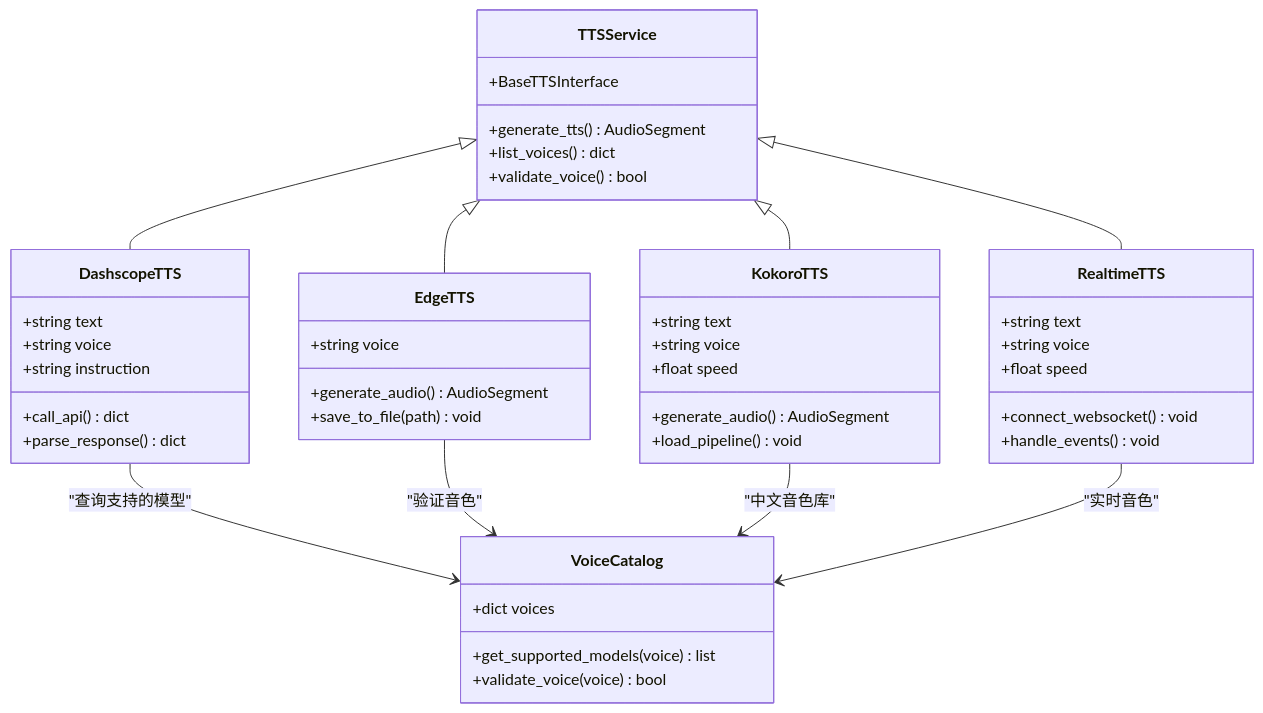
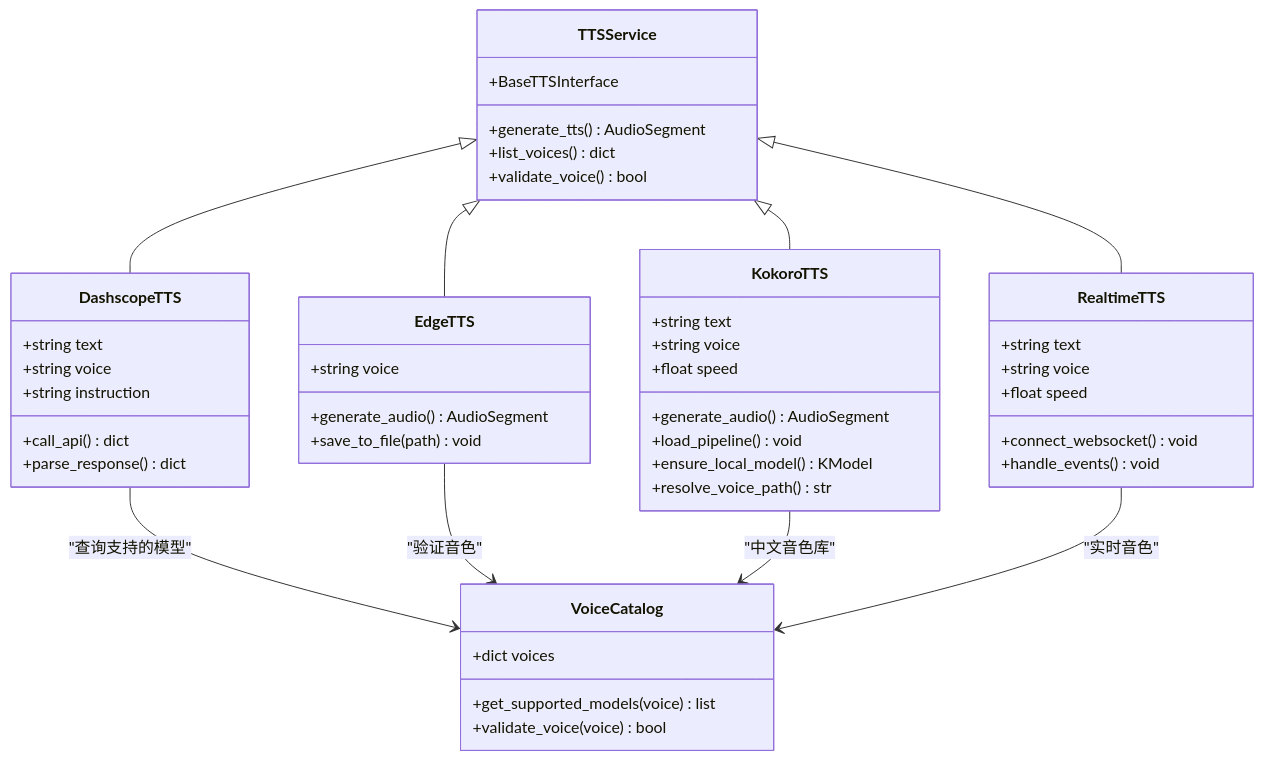
One commit to 1024dashen/Vue3Speech changed the sixth of 14 diagrams in .qoder/repowiki/zh/content/后端服务架构/后端服务架构.md. Above: the diagram before and after it, drawn with Mermaid. The commit also changed other lines of this file and 5 other files, not shown here.

````diff
--- a/.qoder/repowiki/zh/content/后端服务架构/后端服务架构.md
+++ b/.qoder/repowiki/zh/content/后端服务架构/后端服务架构.md
@@ -327,48 +363,50 @@
 ```mermaid
 classDiagram
 class TTSService {
 +BaseTTSInterface
 +generate_tts() AudioSegment
 +list_voices() dict
 +validate_voice() bool
 }
 class DashscopeTTS {
 +string text
 +string voice
 +string instruction
 +call_api() dict
 +parse_response() dict
 }
 class EdgeTTS {
 +string voice
 +generate_audio() AudioSegment
 +save_to_file(path) void
 }
 class KokoroTTS {
 +string text
 +string voice
 +float speed
 +generate_audio() AudioSegment
 +load_pipeline() void
++ensure_local_model() KModel
++resolve_voice_path() str
 }
 class RealtimeTTS {
 +string text
 +string voice
 +float speed
 +connect_websocket() void
 +handle_events() void
 }
 class VoiceCatalog {
 +dict voices
 +get_supported_models(voice) list
 +validate_voice(voice) bool
 }
 TTSService <|-- DashscopeTTS
 TTSService <|-- EdgeTTS
 TTSService <|-- KokoroTTS
 TTSService <|-- RealtimeTTS
 DashscopeTTS --> VoiceCatalog : "查询支持的模型"
 EdgeTTS --> VoiceCatalog : "验证音色"
 KokoroTTS --> VoiceCatalog : "中文音色库"
 RealtimeTTS --> VoiceCatalog : "实时音色"
 ```
````
